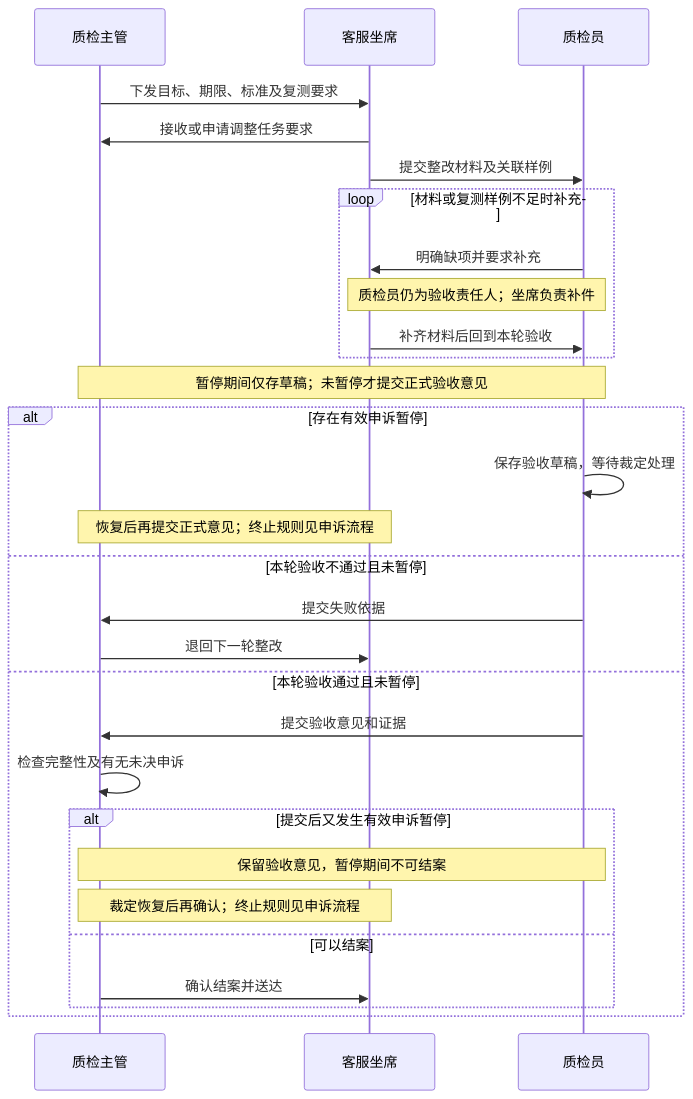
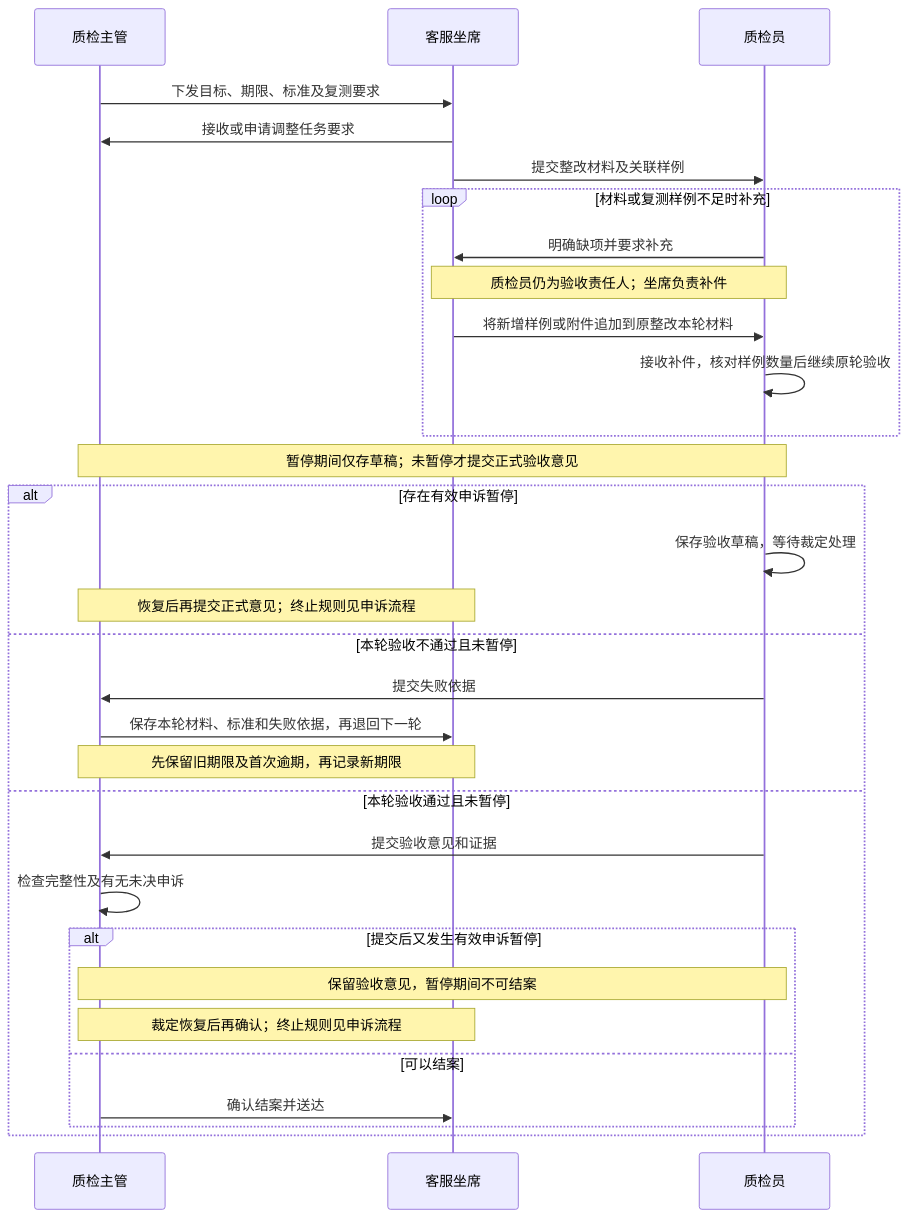
The third of 3 diagrams in docs/reviews/PRD-银行语音质检-MVP-P0.md (h-pl/bank-voice-qc-mvp-p0), drawn with Mermaid before and after one commit. The commit also changed other lines of this file and 39 other files, not shown here.

````diff
--- a/docs/reviews/PRD-银行语音质检-MVP-P0.md
+++ b/docs/reviews/PRD-银行语音质检-MVP-P0.md
@@ -318,31 +333,33 @@
 ```mermaid
 sequenceDiagram
     participant Q as 质检主管
     participant A as 客服坐席
     participant I as 质检员
     Q->>A: 下发目标、期限、标准及复测要求
     A->>Q: 接收或申请调整任务要求
     A->>I: 提交整改材料及关联样例
     loop 材料或复测样例不足时补充
         I->>A: 明确缺项并要求补充
         Note over A,I: 质检员仍为验收责任人；坐席负责补件
-        A->>I: 补齐材料后回到本轮验收
+        A->>I: 将新增样例或附件追加到原整改本轮材料
+        I->>I: 接收补件，核对样例数量后继续原轮验收
     end
     Note over Q,I: 暂停期间仅存草稿；未暂停才提交正式验收意见
     alt 存在有效申诉暂停
         I->>I: 保存验收草稿，等待裁定处理
         Note over Q,A: 恢复后再提交正式意见；终止规则见申诉流程
     else 本轮验收不通过且未暂停
         I->>Q: 提交失败依据
-        Q->>A: 退回下一轮整改
+        Q->>A: 保存本轮材料、标准和失败依据，再退回下一轮
+        Note over Q,A: 先保留旧期限及首次逾期，再记录新期限
     else 本轮验收通过且未暂停
         I->>Q: 提交验收意见和证据
         Q->>Q: 检查完整性及有无未决申诉
         alt 提交后又发生有效申诉暂停
             Note over Q,I: 保留验收意见，暂停期间不可结案
             Note over Q,A: 裁定恢复后再确认；终止规则见申诉流程
         else 可以结案
             Q->>A: 确认结案并送达
         end
     end
 ```
````
